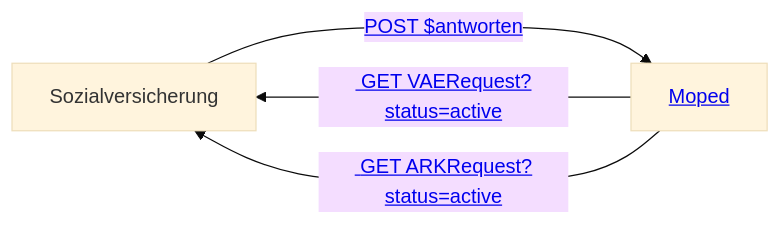
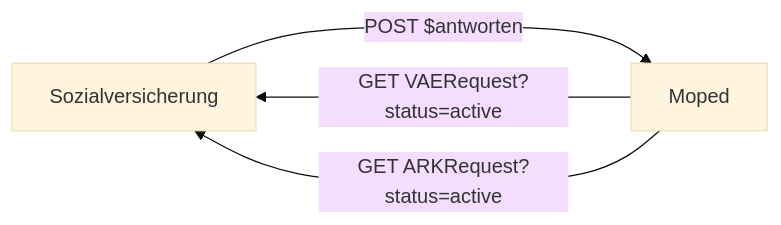
Before and after one commit to HL7Austria/ELGA-MOPED-R5: the second of 4 diagrams in input/pagecontent/actors.md, drawn with Mermaid (base theme). The commit also changed other lines of this file and 3 other files, not shown here.

```diff
--- a/input/pagecontent/actors.md
+++ b/input/pagecontent/actors.md
@@ -23,8 +23,8 @@
 <pre class="mermaid">
     graph LR
     SV[Sozialversicherung]
-    Moped[&lt;a href=&quot;#top&quot;&gt;Moped&lt;/a&gt;] 
-    Moped --->|&lt;a href=&quot;StructureDefinition-MopedVAERequest.html&quot;&gt; GET VAERequest?status=active&lt;/a&gt;| SV
-    Moped --->|&lt;a href=&quot;StructureDefinition-MopedARKRequest.html&quot;&gt; GET ARKRequest?status=active&lt;/a&gt;| SV
-    SV --->|&lt;a href=&quot;OperationDefinition-MOPED.Auf.Request.Antworten.html&quot;&gt; POST $antworten&lt;/a&gt;| Moped
+    Moped[Moped] 
+    Moped --->|GET VAERequest?status=active| SV
+    Moped --->|GET ARKRequest?status=active| SV
+    SV --->|POST $antworten| Moped
 </pre>   
```
